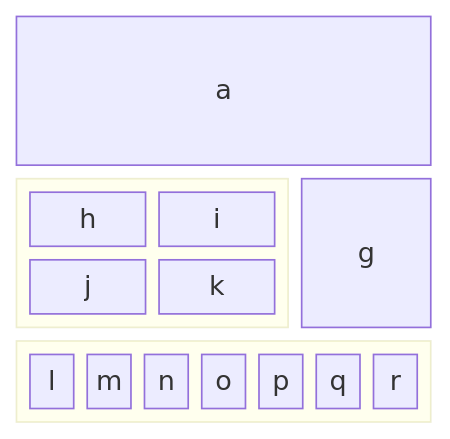
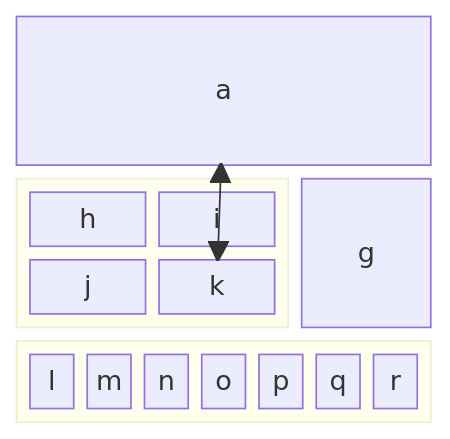
Before and after one commit to digitnow/data1500-lecture-02: the fourth of 4 diagrams in seqdiagr/test_er.md, drawn with Mermaid.

Commit message:
Update test_er.md
block arrows

````diff
--- a/seqdiagr/test_er.md
+++ b/seqdiagr/test_er.md
@@ -61,14 +61,15 @@
 ```mermaid
 block
   columns 3
   a:3
   block:group1:2
     columns 2
     h i j k
   end
   g
   block:group2:3
     %% columns auto (default)
     l m n o p q r
   end
+  a <--> k
 ```
````
